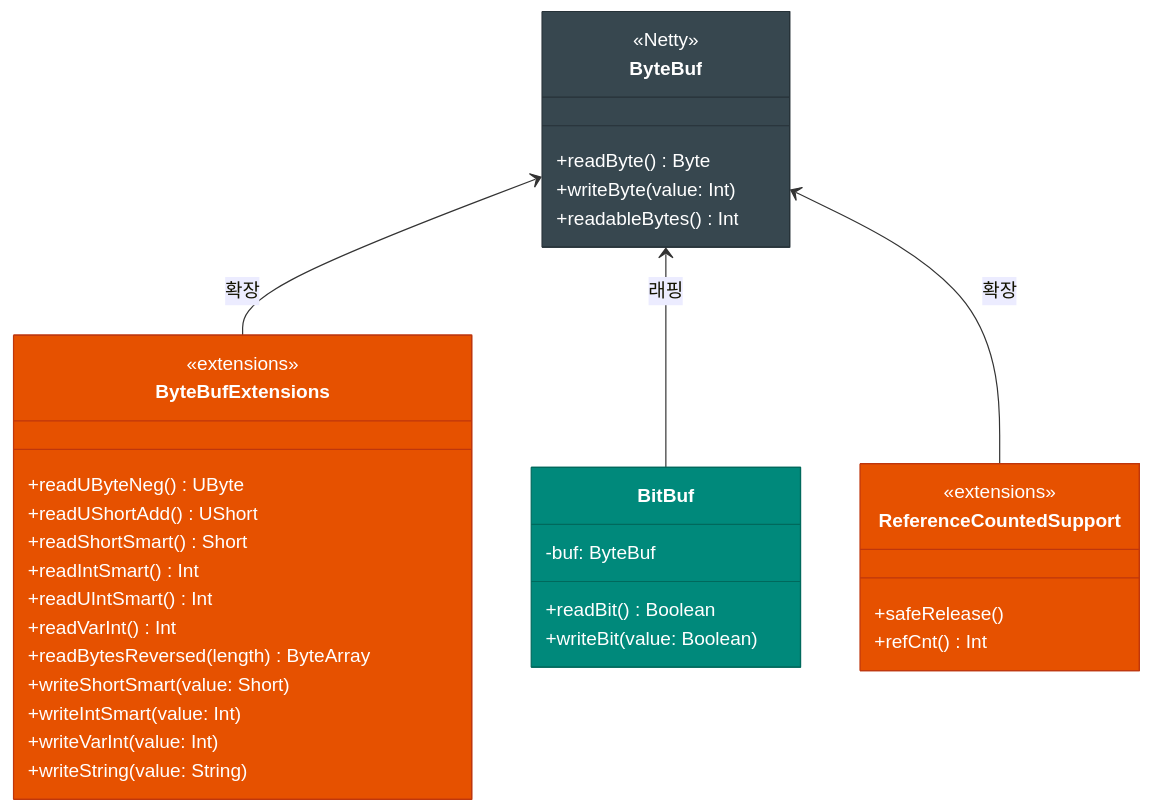
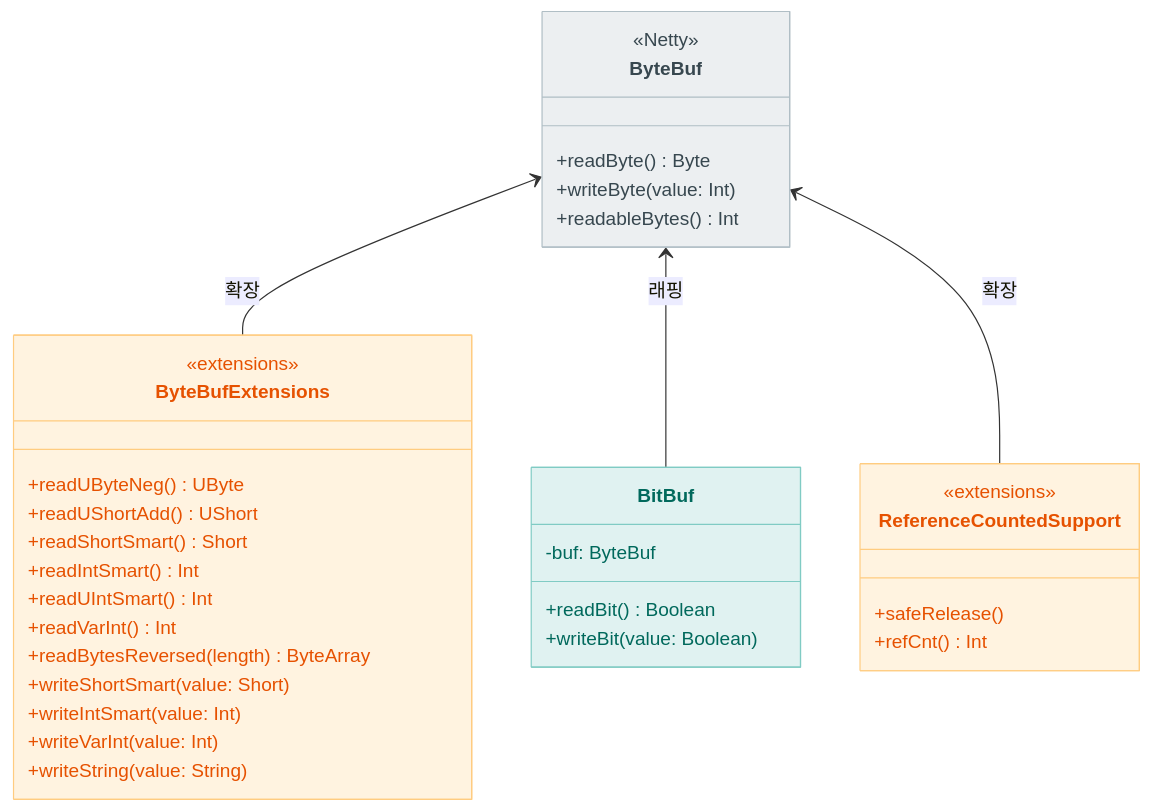
One commit to bluetape4k/bluetape4k-projects changed the first of 3 diagrams in io/netty/README.ko.md. Above: the diagram before and after it, drawn with Mermaid. The commit also changed other lines of this file and 219 other files, not shown here.

First line of the commit message:
docs: 전체 README Mermaid 다이어그램 가이드 적용

````diff
--- a/io/netty/README.ko.md
+++ b/io/netty/README.ko.md
@@ -193,45 +193,45 @@
 ```mermaid
 classDiagram
     class ByteBuf {
         <<Netty>>
         +readByte() Byte
         +writeByte(value: Int)
         +readableBytes() Int
     }
 
     class ByteBufExtensions {
         <<extensions>>
         +readUByteNeg() UByte
         +readUShortAdd() UShort
         +readShortSmart() Short
         +readIntSmart() Int
         +readUIntSmart() Int
         +readVarInt() Int
         +readBytesReversed(length) ByteArray
         +writeShortSmart(value: Short)
         +writeIntSmart(value: Int)
         +writeVarInt(value: Int)
         +writeString(value: String)
     }
 
     class BitBuf {
         -buf: ByteBuf
         +readBit() Boolean
         +writeBit(value: Boolean)
     }
 
     class ReferenceCountedSupport {
         <<extensions>>
         +safeRelease()
         +refCnt() Int
     }
 
     ByteBuf <-- ByteBufExtensions : 확장
     ByteBuf <-- BitBuf : 래핑
     ByteBuf <-- ReferenceCountedSupport : 확장
 
-    style ByteBuf fill:#37474F,stroke:#263238,color:#FFFFFF
-    style ByteBufExtensions fill:#E65100,stroke:#BF360C,color:#FFFFFF
-    style BitBuf fill:#00897B,stroke:#00695C,color:#FFFFFF
-    style ReferenceCountedSupport fill:#E65100,stroke:#BF360C,color:#FFFFFF
+    style ByteBuf fill:#ECEFF1,stroke:#B0BEC5,color:#37474F
+    style ByteBufExtensions fill:#FFF3E0,stroke:#FFCC80,color:#E65100
+    style BitBuf fill:#E0F2F1,stroke:#80CBC4,color:#00695C
+    style ReferenceCountedSupport fill:#FFF3E0,stroke:#FFCC80,color:#E65100
 ```
````
